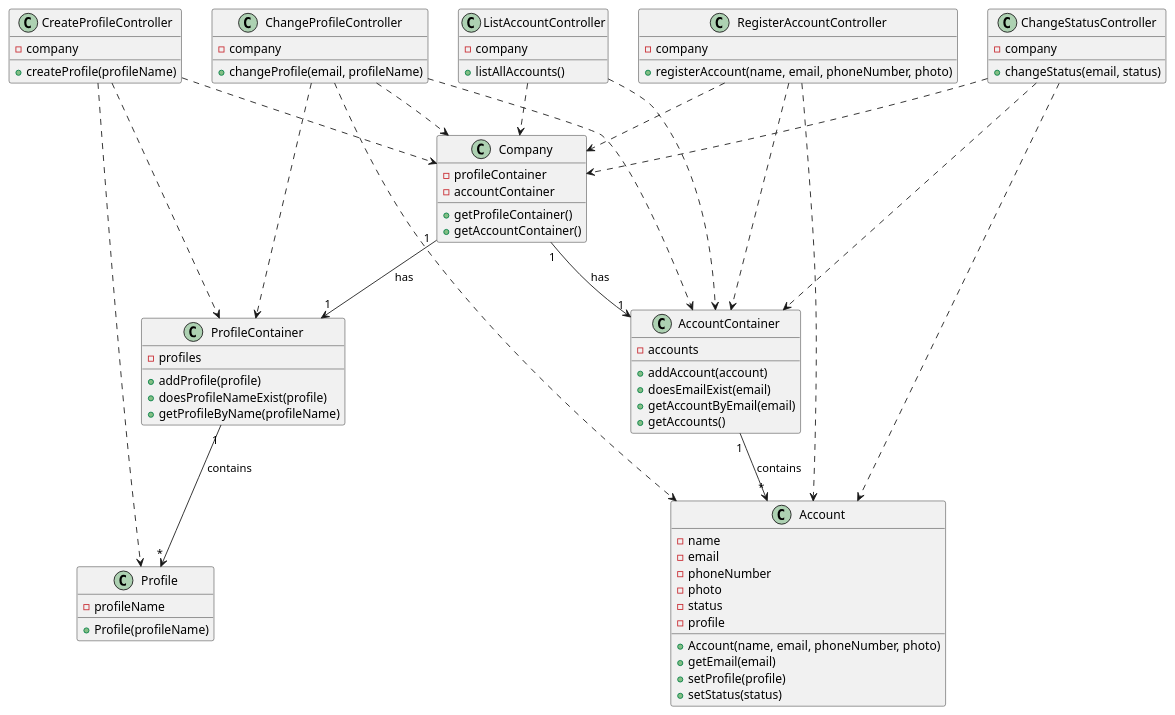
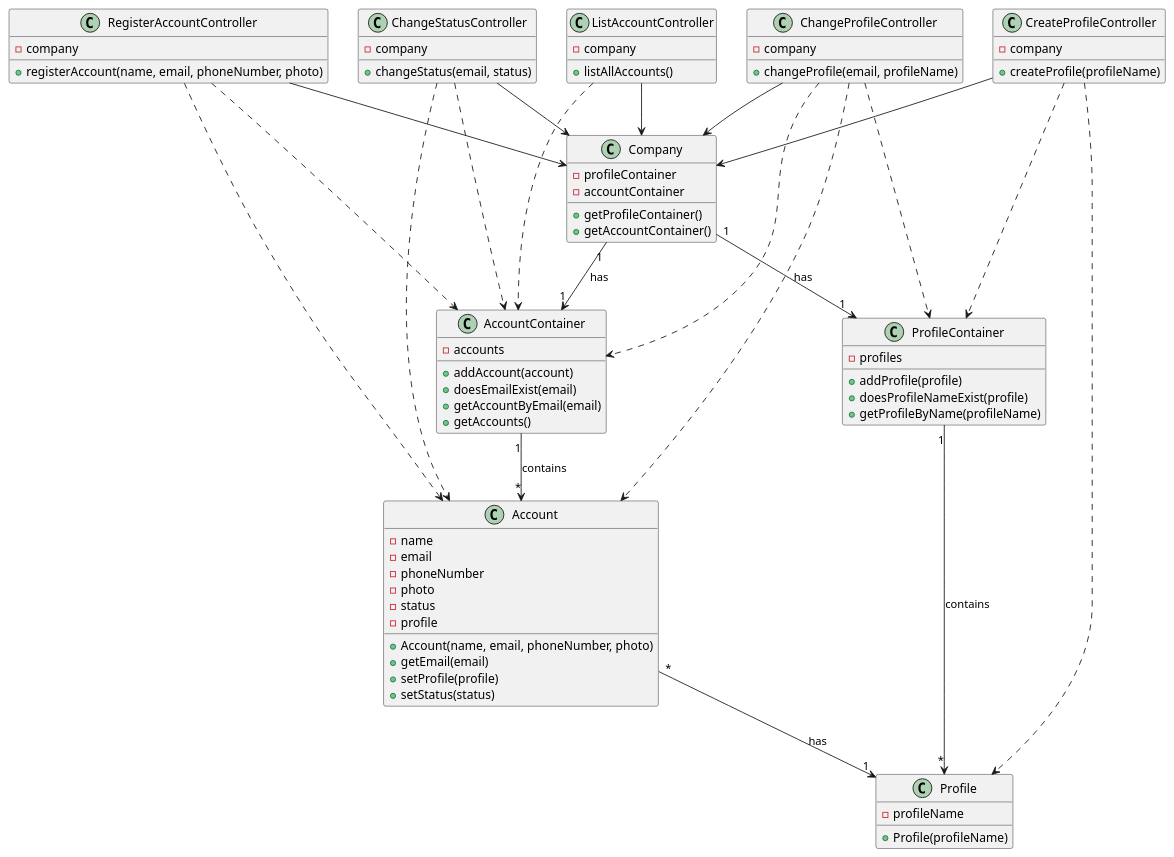
The diagram in docs/modelling_design/classDiagram_v1.puml (Loracline/project_switch_22-23), drawn with PlantUML before and after one commit. The commit also changed 4 other files, not shown here.

Commit message:
US001-US006: Design: Updated Class Diagram (v1) and SprintReview1 presentation.

```diff
--- a/docs/modelling_design/classDiagram_v1.puml
+++ b/docs/modelling_design/classDiagram_v1.puml
@@ -1,92 +1,94 @@
 @startuml
 
 class "CreateProfileController" {
 -company
 +createProfile(profileName)
 }
 
 class "RegisterAccountController" {
 -company
 +registerAccount(name, email, phoneNumber, photo)
 }
 
 class ChangeProfileController {
 -company
 +changeProfile(email, profileName)
 }
 
 class "ListAccountController" {
 -company
 +listAllAccounts()
 }
 
 class "ChangeStatusController" {
 -company
 +changeStatus(email, status)
 }
 
 class "Company" {
 -profileContainer
 -accountContainer
 +getProfileContainer()
 +getAccountContainer()
 }
 
 class "ProfileContainer"{
 -profiles
 +addProfile(profile)
 +doesProfileNameExist(profile)
 +getProfileByName(profileName)
 }
 
 class "Profile"{
 -profileName
 +Profile(profileName)
 }
 
 class "AccountContainer"{
 -accounts
 +addAccount(account)
 +doesEmailExist(email)
 +getAccountByEmail(email)
 +getAccounts()
 }
 
 class "Account" {
 -name
 -email
 -phoneNumber
 -photo
 -status
 -profile
 +Account(name, email, phoneNumber, photo)
 +getEmail(email)
 +setProfile(profile)
 +setStatus(status)
 }
 
-"CreateProfileController" ..>  "Company"
+"CreateProfileController" -->  "Company"
 "CreateProfileController" ..> "ProfileContainer"
 "CreateProfileController" ..> "Profile"
 "Company" "1"-->"1" "ProfileContainer": has
 "ProfileContainer" "1" --> "*" "Profile": contains
 
-"RegisterAccountController" ..>  "Company"
+"RegisterAccountController" -->  "Company"
 "RegisterAccountController" ..> "Account"
 "RegisterAccountController" ..> "AccountContainer"
 "Company" "1"-->"1" "AccountContainer": has
 "AccountContainer" "1"-->"*" "Account": contains
 
-ChangeProfileController ..> Company
+ChangeProfileController --> Company
 ChangeProfileController ..> ProfileContainer
 ChangeProfileController ..> AccountContainer
 ChangeProfileController ..> Account
 
-"ListAccountController" ..> "Company"
+"ListAccountController" --> "Company"
 "ListAccountController" ..> "AccountContainer"
 
-"ChangeStatusController" ..> "Company"
+"ChangeStatusController" --> "Company"
 "ChangeStatusController" ..> "AccountContainer"
 "ChangeStatusController" ..> "Account"
 
+"Account" "*" --> "1" "Profile": has
+
 @enduml
```
